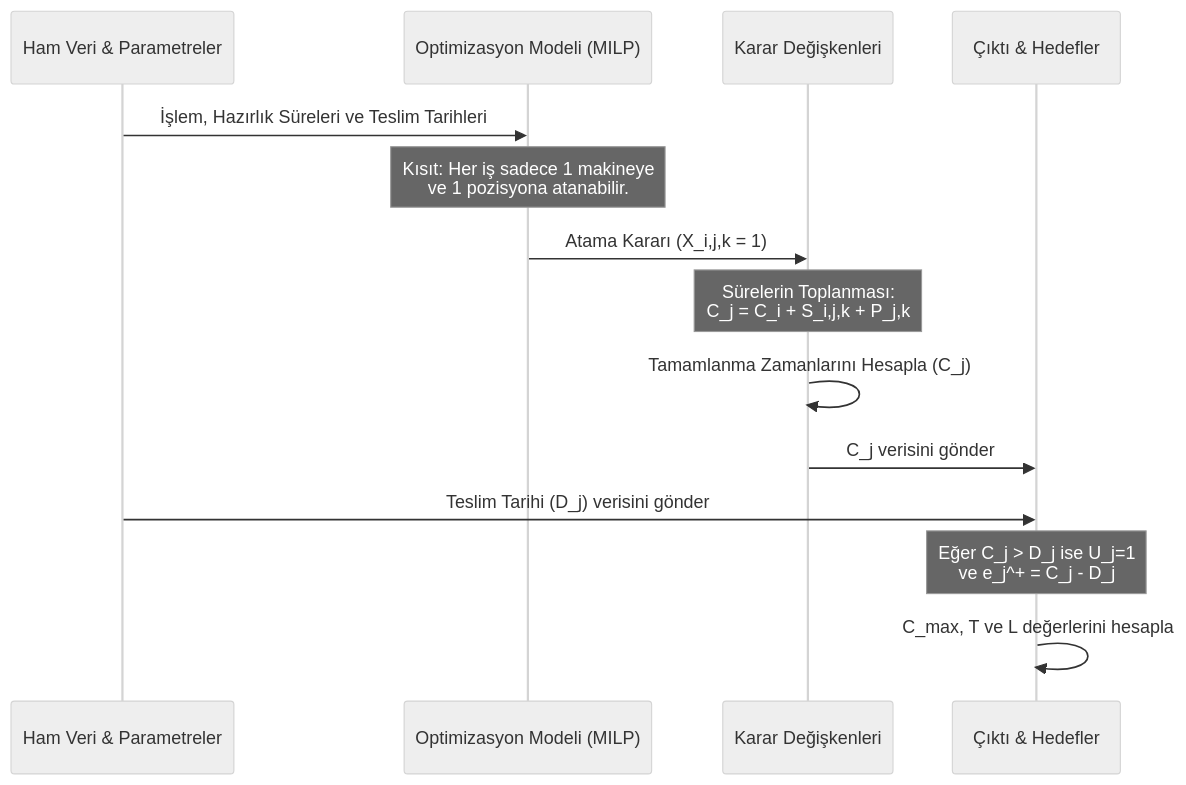
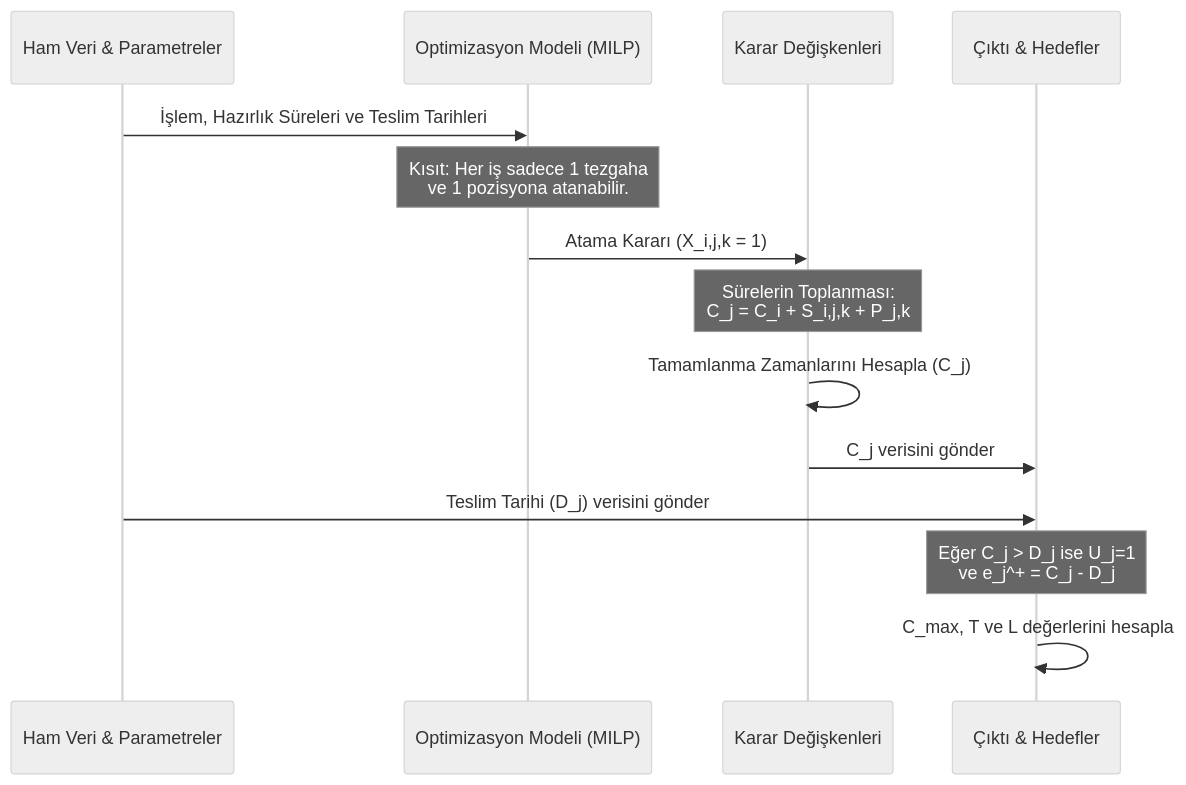
The third of 3 diagrams in 10_uygulama_teorik_akis.md (umuxt/END505E), drawn with Mermaid (neutral theme) before and after one commit. The commit also changed other lines of this file and 15 other files, not shown here.

````diff
--- a/10_uygulama_teorik_akis.md
+++ b/10_uygulama_teorik_akis.md
@@ -98,20 +98,20 @@
 ```mermaid
 sequenceDiagram
     participant Veri as Ham Veri & Parametreler
     participant Model as Optimizasyon Modeli (MILP)
     participant Degisken as Karar Değişkenleri
     participant Metrik as Çıktı & Hedefler
 
     Veri->>Model: İşlem, Hazırlık Süreleri ve Teslim Tarihleri
-    Note over Model: Kısıt: Her iş sadece 1 makineye <br>ve 1 pozisyona atanabilir.
+    Note over Model: Kısıt: Her iş sadece 1 tezgaha <br>ve 1 pozisyona atanabilir.
     Model->>Degisken: Atama Kararı (X_i,j,k = 1)
     
     Note over Degisken: Sürelerin Toplanması:<br>C_j = C_i + S_i,j,k + P_j,k
     Degisken->>Degisken: Tamamlanma Zamanlarını Hesapla (C_j)
     
     Degisken->>Metrik: C_j verisini gönder
     Veri->>Metrik: Teslim Tarihi (D_j) verisini gönder
     
     Note over Metrik: Eğer C_j > D_j ise U_j=1 <br>ve e_j^+ = C_j - D_j
     Metrik->>Metrik: C_max, T ve L değerlerini hesapla
 ```
````
